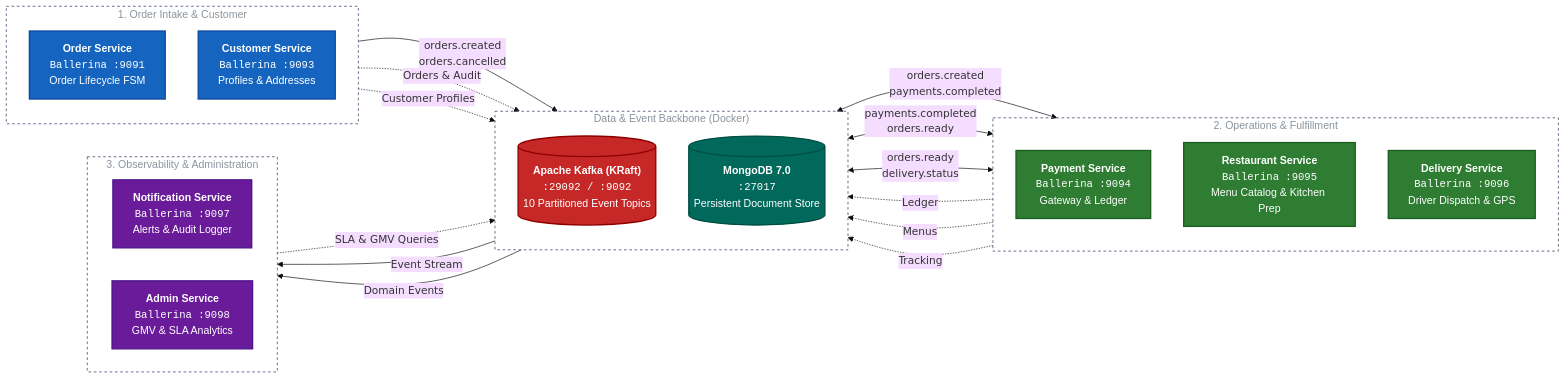
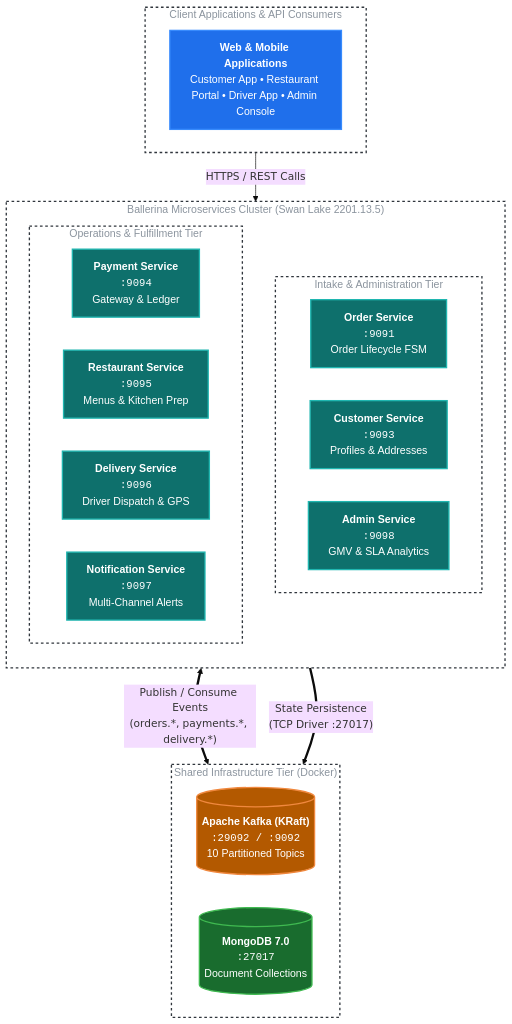
The second of 3 diagrams in README.md (CodeGrogu/DSA-Assignment-2), drawn with Mermaid (base theme) before and after one commit.

Commit message:
docs(architecture): redesign container architecture diagram to clean tiered layout with zero emojis

````diff
--- a/README.md
+++ b/README.md
@@ -45,56 +45,45 @@
 ```mermaid
-flowchart LR
-    %% Styling Definitions
-    classDef svcOrder fill:#1565c0,stroke:#0d47a1,stroke-width:2px,color:#ffffff,font-family:sans-serif;
-    classDef svcFulfill fill:#2e7d32,stroke:#1b5e20,stroke-width:2px,color:#ffffff,font-family:sans-serif;
-    classDef svcObs fill:#6a1b9a,stroke:#4a148c,stroke-width:2px,color:#ffffff,font-family:sans-serif;
-    classDef brokerNode fill:#c62828,stroke:#8e0000,stroke-width:2px,color:#ffffff,font-family:sans-serif;
-    classDef dbNode fill:#00695c,stroke:#004d40,stroke-width:2px,color:#ffffff,font-family:sans-serif;
-    classDef clusterBox fill:none,stroke:#64748b,stroke-width:1.5px,stroke-dasharray: 4 4,color:#8b949e,font-family:sans-serif;
+flowchart TB
+    classDef clientNode fill:#1f6feb,stroke:#388bfd,stroke-width:2px,color:#ffffff,font-family:sans-serif;
+    classDef serviceNode fill:#0e706c,stroke:#20b6b0,stroke-width:2px,color:#ffffff,font-family:sans-serif;
+    classDef kafkaNode fill:#b35900,stroke:#f0883e,stroke-width:2px,color:#ffffff,font-family:sans-serif;
+    classDef mongoNode fill:#196c2e,stroke:#3fb950,stroke-width:2px,color:#ffffff,font-family:sans-serif;
+    classDef clusterBox fill:none,stroke:#30363d,stroke-width:2px,stroke-dasharray: 4 4,color:#8b949e,font-family:sans-serif;
 
-    subgraph LeftCol ["1. Order Intake & Customer"]
-        direction TB
-        orderSvc["<b>Order Service</b><br/><code>Ballerina :9091</code><br/>Order Lifecycle FSM"]:::svcOrder
-        custSvc["<b>Customer Service</b><br/><code>Ballerina :9093</code><br/>Profiles & Addresses"]:::svcOrder
+    subgraph Clients ["Client Applications & API Consumers"]
+        direction LR
+        clientApp["<b>Web & Mobile Applications</b><br/>Customer App • Restaurant Portal • Driver App • Admin Console"]:::clientNode
     end
 
-    subgraph CenterCol ["Data & Event Backbone (Docker)"]
+    subgraph Cluster ["Ballerina Microservices Cluster (Swan Lake 2201.13.5)"]
         direction TB
-        kafka[("<b>Apache Kafka (KRaft)</b><br/><code>:29092 / :9092</code><br/>10 Partitioned Event Topics")]:::brokerNode
-        mongo[("<b>MongoDB 7.0</b><br/><code>:27017</code><br/>Persistent Document Store")]:::dbNode
+
+        subgraph Tier1 ["Intake & Administration Tier"]
+            direction LR
+            orderSvc["<b>Order Service</b><br/><code>:9091</code><br/>Order Lifecycle FSM"]:::serviceNode
+            custSvc["<b>Customer Service</b><br/><code>:9093</code><br/>Profiles & Addresses"]:::serviceNode
+            adminSvc["<b>Admin Service</b><br/><code>:9098</code><br/>GMV & SLA Analytics"]:::serviceNode
+        end
+
+        subgraph Tier2 ["Operations & Fulfillment Tier"]
+            direction LR
+            paySvc["<b>Payment Service</b><br/><code>:9094</code><br/>Gateway & Ledger"]:::serviceNode
+            restSvc["<b>Restaurant Service</b><br/><code>:9095</code><br/>Menus & Kitchen Prep"]:::serviceNode
+            delSvc["<b>Delivery Service</b><br/><code>:9096</code><br/>Driver Dispatch & GPS"]:::serviceNode
+            notifSvc["<b>Notification Service</b><br/><code>:9097</code><br/>Multi-Channel Alerts"]:::serviceNode
+        end
     end
 
-    subgraph RightCol ["2. Operations & Fulfillment"]
-        direction TB
-        paySvc["<b>Payment Service</b><br/><code>Ballerina :9094</code><br/>Gateway & Ledger"]:::svcFulfill
-        restSvc["<b>Restaurant Service</b><br/><code>Ballerina :9095</code><br/>Menu Catalog & Kitchen Prep"]:::svcFulfill
-        delSvc["<b>Delivery Service</b><br/><code>Ballerina :9096</code><br/>Driver Dispatch & GPS"]:::svcFulfill
+    subgraph Infra ["Shared Infrastructure Tier (Docker)"]
+        direction LR
+        kafka[("<b>Apache Kafka (KRaft)</b><br/><code>:29092 / :9092</code><br/>10 Partitioned Topics")]:::kafkaNode
+        mongo[("<b>MongoDB 7.0</b><br/><code>:27017</code><br/>Document Collections")]:::mongoNode
     end
 
-    subgraph BottomCol ["3. Observability & Administration"]
-        direction LR
-        notifSvc["<b>Notification Service</b><br/><code>Ballerina :9097</code><br/>Alerts & Audit Logger"]:::svcObs
-        adminSvc["<b>Admin Service</b><br/><code>Ballerina :9098</code><br/>GMV & SLA Analytics"]:::svcObs
-    end
+    clientApp -->|"HTTPS / REST Calls"| Cluster
 
-    %% Left to Center
-    orderSvc -->|"orders.created<br/>orders.cancelled"| kafka
-    orderSvc -.->|"Orders & Audit"| mongo
-    custSvc -.->|"Customer Profiles"| mongo
+    Cluster <==>|"Publish / Consume Events<br/>(orders.*, payments.*, delivery.*)"| kafka
+    Cluster ==>|"State Persistence<br/>(TCP Driver :27017)"| mongo
 
-    %% Center to Right
-    kafka <-->|"orders.created<br/>payments.completed"| paySvc
-    kafka <-->|"payments.completed<br/>orders.ready"| restSvc
-    kafka <-->|"orders.ready<br/>delivery.status"| delSvc
-
-    paySvc -.->|"Ledger"| mongo
-    restSvc -.->|"Menus"| mongo
-    delSvc -.->|"Tracking"| mongo
-
-    %% Center to Bottom
-    kafka -->|"Event Stream"| notifSvc
-    kafka -->|"Domain Events"| adminSvc
-    adminSvc -.->|"SLA & GMV Queries"| mongo
-
-    class LeftCol,CenterCol,RightCol,BottomCol clusterBox;
+    class Clients,Cluster,Tier1,Tier2,Infra clusterBox;
 ```
````
